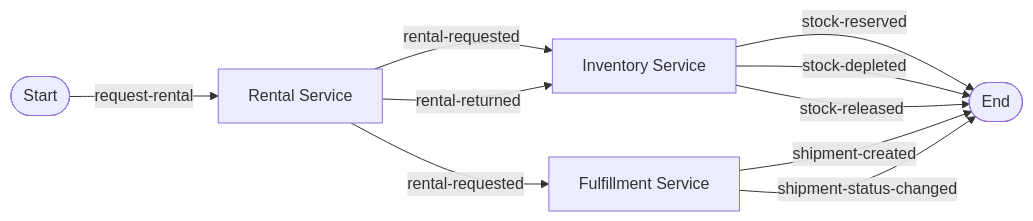
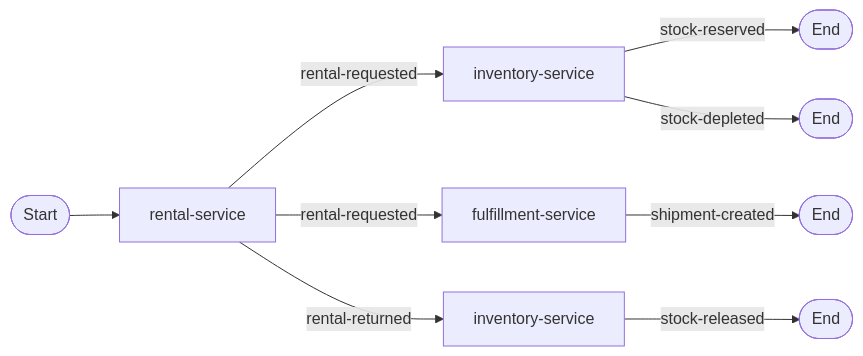
One commit to filozofira/spas changed the diagram in examples/domains/equipment-rental/README.md. Above: the diagram before and after it, drawn with Mermaid. The commit also changed 63 other files, not shown here.

First line of the commit message:
029 schema nullable validation (#69)

````diff
--- a/examples/domains/equipment-rental/README.md
+++ b/examples/domains/equipment-rental/README.md
@@ -3,12 +3,11 @@
 ```mermaid
 flowchart LR
-    Start([Start]) -->|request-rental| RS[Rental Service]
-    RS -->|rental-requested| IS[Inventory Service]
-    RS -->|rental-requested| FS[Fulfillment Service]
-    RS -->|rental-returned| IS
-    IS -->|stock-reserved| End([End])
-    IS -->|stock-depleted| End
-    IS -->|stock-released| End
-    FS -->|shipment-created| End
-    FS -->|shipment-status-changed| End
+    Start([Start]) --> RS[rental-service]
+    RS -->|rental-requested| IS[inventory-service]
+    RS -->|rental-requested| FS[fulfillment-service]
+    IS -->|stock-reserved| End1([End])
+    IS -->|stock-depleted| End2([End])
+    FS -->|shipment-created| End3([End])
+    RS -->|rental-returned| IS2[inventory-service]
+    IS2 -->|stock-released| End4([End])
 ```
````
